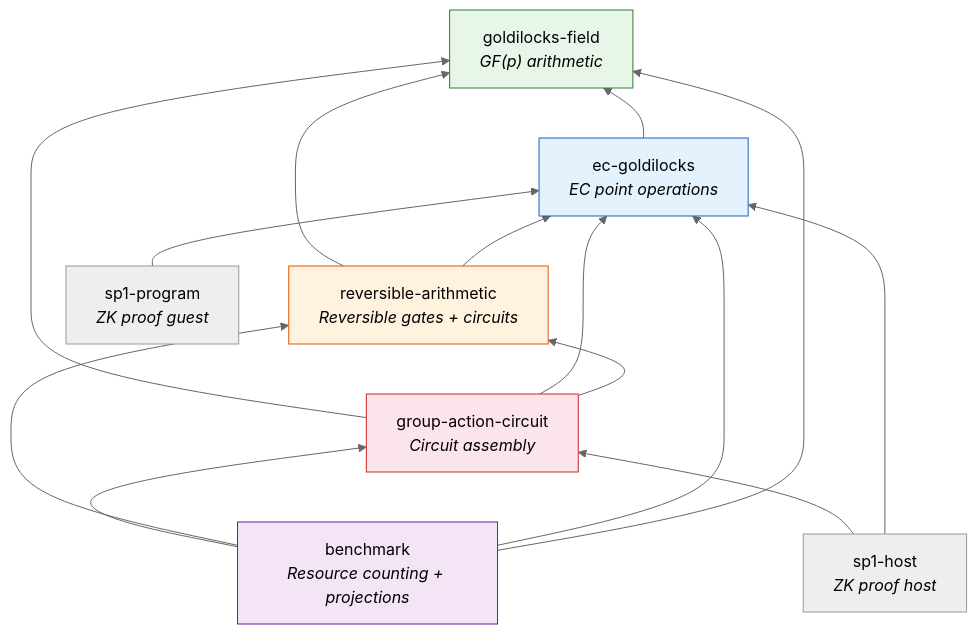
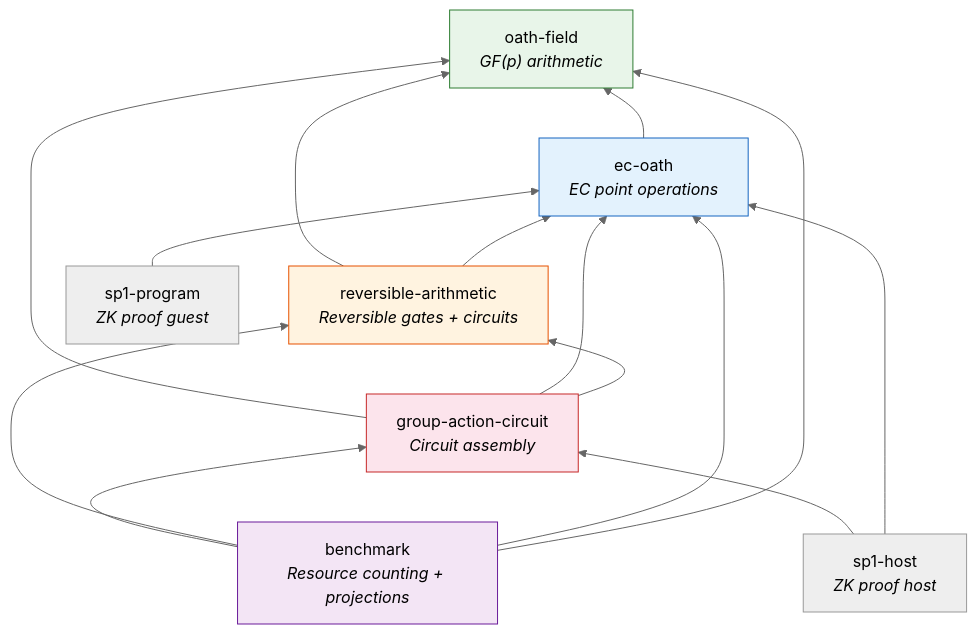
Before and after one commit to chippr-robotics/quantum_proof: the first of 10 diagrams in oathbreaker/docs/ARCHITECTURE.md, drawn with Mermaid (neutral theme). The commit also changed other lines of this file and 46 other files, not shown here.

````diff
--- a/oathbreaker/docs/ARCHITECTURE.md
+++ b/oathbreaker/docs/ARCHITECTURE.md
@@ -14,30 +14,30 @@
 ```mermaid
 graph BT
-    GF["goldilocks-field<br/><i>GF(p) arithmetic</i>"]
-    EC["ec-goldilocks<br/><i>EC point operations</i>"]
+    GF["oath-field<br/><i>GF(p) arithmetic</i>"]
+    EC["ec-oath<br/><i>EC point operations</i>"]
     RA["reversible-arithmetic<br/><i>Reversible gates + circuits</i>"]
     GAC["group-action-circuit<br/><i>Circuit assembly</i>"]
     BM["benchmark<br/><i>Resource counting + projections</i>"]
     SP1H["sp1-host<br/><i>ZK proof host</i>"]
     SP1P["sp1-program<br/><i>ZK proof guest</i>"]
 
     EC --> GF
     RA --> GF
     RA --> EC
     GAC --> GF
     GAC --> EC
     GAC --> RA
     BM --> GAC
     BM --> RA
     BM --> EC
     BM --> GF
     SP1H --> GAC
     SP1H --> EC
     SP1P --> EC
 
     style GF fill:#e8f5e9,stroke:#2e7d32
     style EC fill:#e3f2fd,stroke:#1565c0
     style RA fill:#fff3e0,stroke:#e65100
     style GAC fill:#fce4ec,stroke:#c62828
     style BM fill:#f3e5f5,stroke:#6a1b9a
 ```
````
